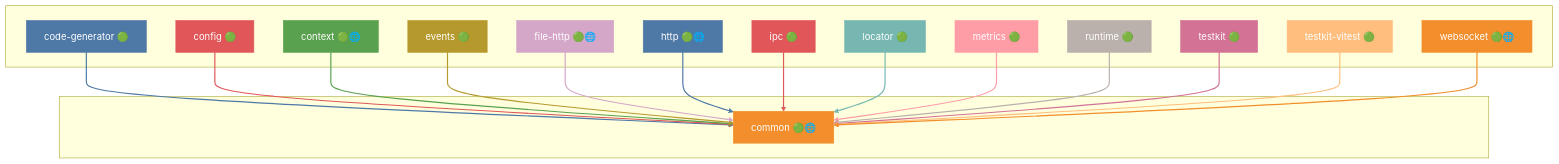
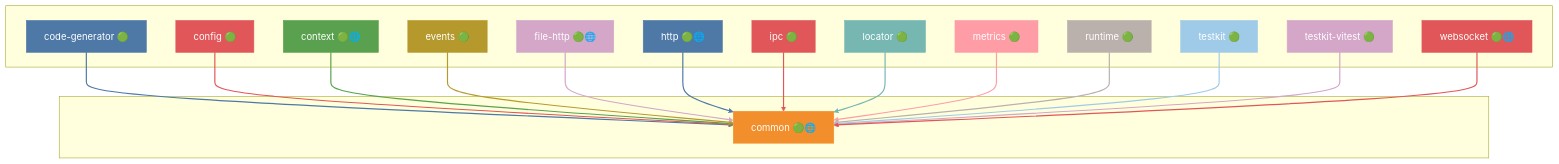
The third of 41 diagrams in docs/DEPENDENCIES.md (grest-ts/grest-ts), drawn with Mermaid before and after one commit. The commit also changed other lines of this file and 31 other files, not shown here.

````diff
--- a/docs/DEPENDENCIES.md
+++ b/docs/DEPENDENCIES.md
@@ -379,61 +381,61 @@
 ```mermaid
 flowchart TB
     subgraph Dependents[" "]
         code-generator["code-generator 🟢"]
         config["config 🟢"]
         context["context 🟢🌐"]
         events["events 🟢"]
         file-http["file-http 🟢🌐"]
         http["http 🟢🌐"]
         ipc["ipc 🟢"]
         locator["locator 🟢"]
         metrics["metrics 🟢"]
         runtime["runtime 🟢"]
         testkit["testkit 🟢"]
         testkit-vitest["testkit-vitest 🟢"]
         websocket["websocket 🟢🌐"]
     end
     subgraph Package[" "]
         common["common 🟢🌐"]
     end
     code-generator --> common
     config --> common
     context --> common
     events --> common
     file-http --> common
     http --> common
     ipc --> common
     locator --> common
     metrics --> common
     runtime --> common
     testkit --> common
     testkit-vitest --> common
     websocket --> common
     style common fill:#F28E2B,stroke:#F28E2B,color:#fff
     style code-generator fill:#4E79A7,stroke:#4E79A7,color:#fff
     style config fill:#E15759,stroke:#E15759,color:#fff
     style context fill:#59A14F,stroke:#59A14F,color:#fff
     style events fill:#B6992D,stroke:#B6992D,color:#fff
     style file-http fill:#D4A6C8,stroke:#D4A6C8,color:#fff
     style http fill:#4E79A7,stroke:#4E79A7,color:#fff
     style ipc fill:#E15759,stroke:#E15759,color:#fff
     style locator fill:#76B7B2,stroke:#76B7B2,color:#fff
     style metrics fill:#FF9DA7,stroke:#FF9DA7,color:#fff
     style runtime fill:#BAB0AC,stroke:#BAB0AC,color:#fff
-    style testkit fill:#D37295,stroke:#D37295,color:#fff
-    style testkit-vitest fill:#FFBE7D,stroke:#FFBE7D,color:#fff
-    style websocket fill:#F28E2B,stroke:#F28E2B,color:#fff
+    style testkit fill:#A0CBE8,stroke:#A0CBE8,color:#fff
+    style testkit-vitest fill:#D4A6C8,stroke:#D4A6C8,color:#fff
+    style websocket fill:#E15759,stroke:#E15759,color:#fff
     linkStyle 0 stroke:#4E79A7,stroke-width:2px
     linkStyle 1 stroke:#E15759,stroke-width:2px
     linkStyle 2 stroke:#59A14F,stroke-width:2px
     linkStyle 3 stroke:#B6992D,stroke-width:2px
     linkStyle 4 stroke:#D4A6C8,stroke-width:2px
     linkStyle 5 stroke:#4E79A7,stroke-width:2px
     linkStyle 6 stroke:#E15759,stroke-width:2px
     linkStyle 7 stroke:#76B7B2,stroke-width:2px
     linkStyle 8 stroke:#FF9DA7,stroke-width:2px
     linkStyle 9 stroke:#BAB0AC,stroke-width:2px
-    linkStyle 10 stroke:#D37295,stroke-width:2px
-    linkStyle 11 stroke:#FFBE7D,stroke-width:2px
-    linkStyle 12 stroke:#F28E2B,stroke-width:2px
+    linkStyle 10 stroke:#A0CBE8,stroke-width:2px
+    linkStyle 11 stroke:#D4A6C8,stroke-width:2px
+    linkStyle 12 stroke:#E15759,stroke-width:2px
 ```
````
